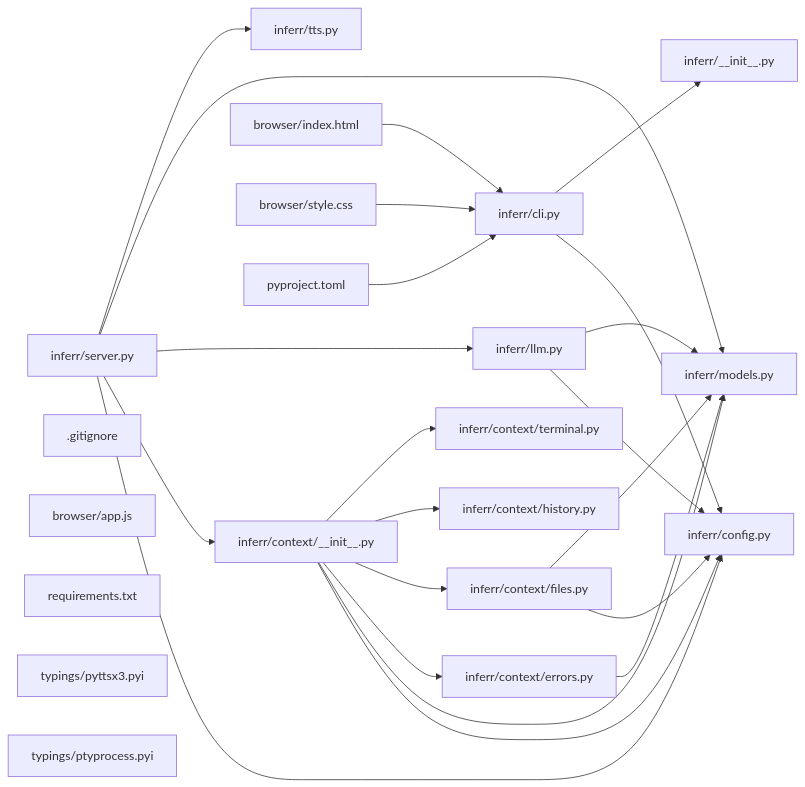
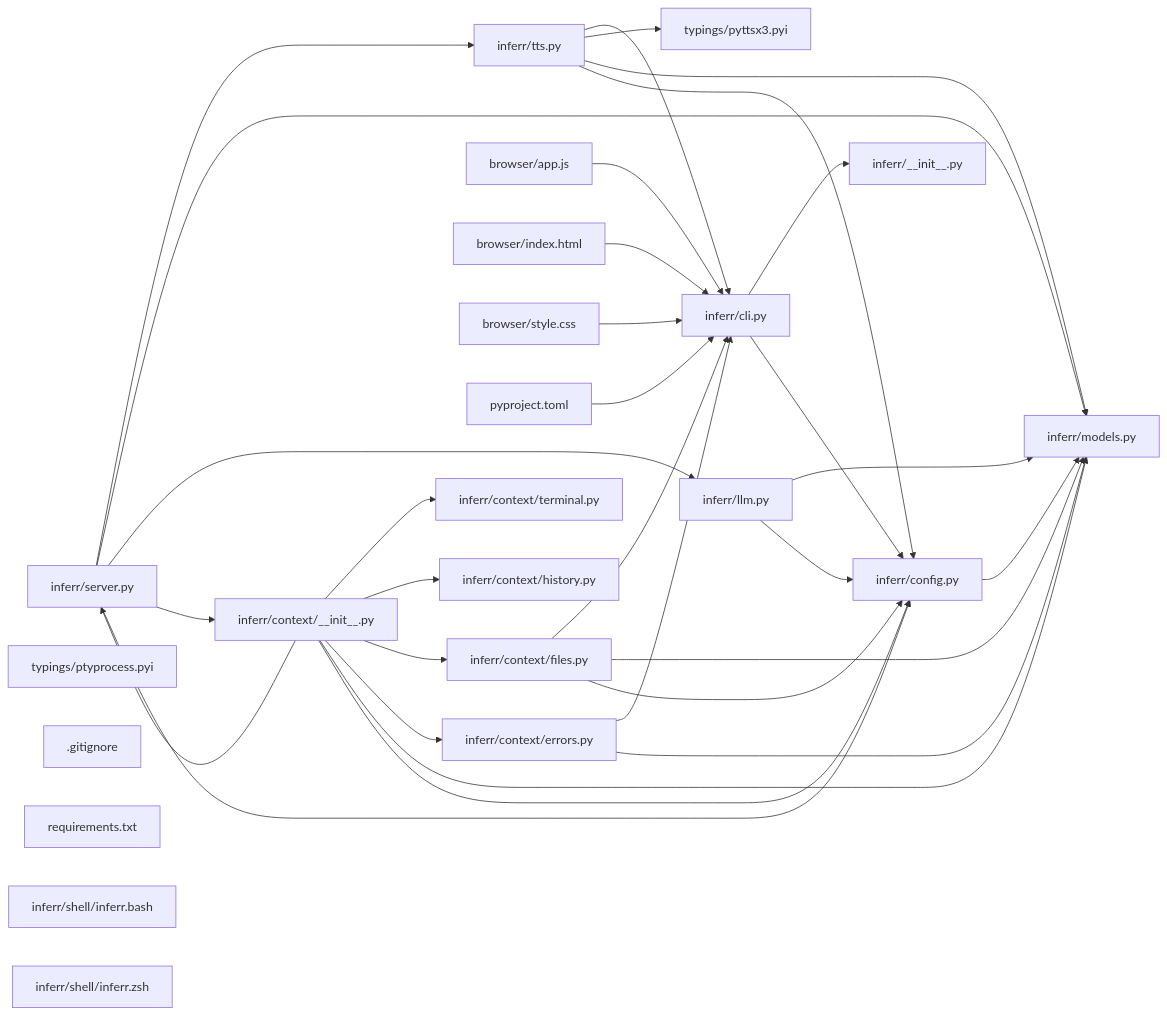
Before and after one commit to hey-granth/Inferr: the diagram in CONTEXT.md, drawn with Mermaid. The commit also changed other lines of this file and 16 other files, not shown here.

First line of the commit message:
Improve context capture & session server; update CLI, tests, and docs

````diff
--- a/CONTEXT.md
+++ b/CONTEXT.md
@@ -388,44 +503,55 @@
 ```mermaid
 graph LR
     f0["inferr/config.py"]
     f1["inferr/models.py"]
     f2["inferr/cli.py"]
-    f3["inferr/__init__.py"]
-    f4["inferr/context/__init__.py"]
-    f5["inferr/llm.py"]
-    f6["inferr/context/errors.py"]
-    f7["inferr/context/history.py"]
-    f8["inferr/context/files.py"]
-    f9["inferr/server.py"]
-    f10["inferr/context/terminal.py"]
-    f11["inferr/tts.py"]
-    f12["browser/index.html"]
-    f13["browser/style.css"]
-    f14["pyproject.toml"]
-    f15[".gitignore"]
-    f16["browser/app.js"]
+    f3["inferr/llm.py"]
+    f4["inferr/context/errors.py"]
+    f5["inferr/tts.py"]
+    f6["browser/app.js"]
+    f7["browser/index.html"]
+    f8["browser/style.css"]
+    f9["pyproject.toml"]
+    f10["inferr/__init__.py"]
+    f11["inferr/server.py"]
+    f12["typings/pyttsx3.pyi"]
+    f13["inferr/context/files.py"]
+    f14["inferr/context/terminal.py"]
+    f15["typings/ptyprocess.pyi"]
+    f16[".gitignore"]
     f17["requirements.txt"]
-    f18["typings/pyttsx3.pyi"]
-    f19["typings/ptyprocess.pyi"]
-    f2 --> f3
+    f18["inferr/context/history.py"]
+    f19["inferr/context/__init__.py"]
+    f20["inferr/shell/inferr.bash"]
+    f21["inferr/shell/inferr.zsh"]
+    f0 --> f1
+    f2 --> f10
     f2 --> f0
-    f4 --> f10
-    f4 --> f7
-    f4 --> f8
-    f4 --> f6
+    f3 --> f1
+    f3 --> f0
+    f4 --> f2
     f4 --> f1
-    f4 --> f0
+    f5 --> f2
+    f5 --> f12
     f5 --> f1
     f5 --> f0
-    f6 --> f1
-    f8 --> f1
-    f8 --> f0
-    f9 --> f11
-    f9 --> f1
-    f9 --> f5
-    f9 --> f4
-    f9 --> f0
-    f12 --> f2
+    f6 --> f2
+    f7 --> f2
+    f8 --> f2
+    f9 --> f2
+    f11 --> f5
+    f11 --> f1
+    f11 --> f3
+    f11 --> f19
+    f11 --> f0
     f13 --> f2
-    f14 --> f2
+    f13 --> f1
+    f13 --> f0
+    f19 --> f11
+    f19 --> f14
+    f19 --> f18
+    f19 --> f13
+    f19 --> f4
+    f19 --> f1
+    f19 --> f0
 ```
````
